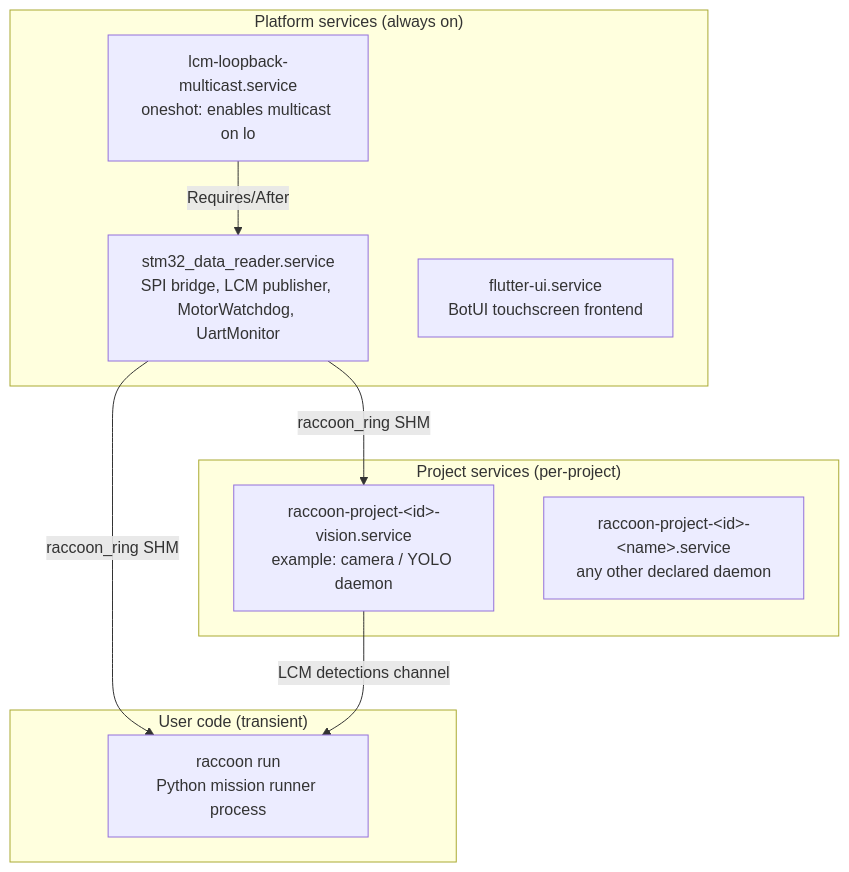
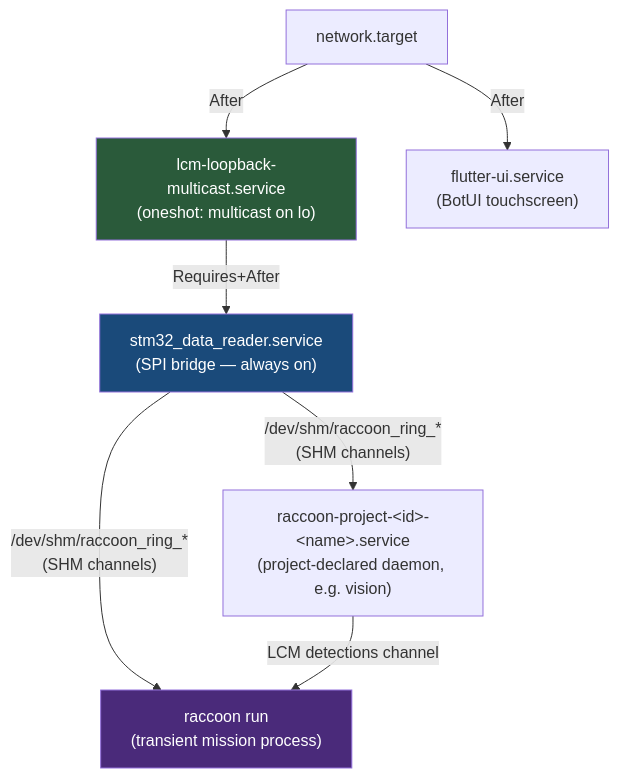
One commit to htl-stp-ecer/documentation changed the first of 4 diagrams in content/06-firmware/robot-services-and-systemd.md. Above: the diagram before and after it, drawn with Mermaid. The commit also changed other lines of this file and 11 other files, not shown here.

````diff
--- a/content/06-firmware/robot-services-and-systemd.md
+++ b/content/06-firmware/robot-services-and-systemd.md
@@ -18,22 +18,21 @@
 ```mermaid
 graph TD
-    subgraph Platform["Platform services (always on)"]
-        LCM["lcm-loopback-multicast.service\noneshot: enables multicast on lo"]
-        READER["stm32_data_reader.service\nSPI bridge, LCM publisher, MotorWatchdog, UartMonitor"]
-        UI["flutter-ui.service\nBotUI touchscreen frontend"]
-    end
+    NW["network.target"]
+    LCM["lcm-loopback-multicast.service\n(oneshot: multicast on lo)"]
+    READER["stm32_data_reader.service\n(SPI bridge — always on)"]
+    UI["flutter-ui.service\n(BotUI touchscreen)"]
+    PROJ["raccoon-project-&lt;id&gt;-&lt;name&gt;.service\n(project-declared daemon, e.g. vision)"]
+    MISSION["raccoon run\n(transient mission process)"]
 
-    subgraph Project["Project services (per-project)"]
-        VISION["raccoon-project-&lt;id&gt;-vision.service\nexample: camera / YOLO daemon"]
-        OTHER["raccoon-project-&lt;id&gt;-&lt;name&gt;.service\nany other declared daemon"]
-    end
+    NW -->|After| LCM
+    LCM -->|Requires+After| READER
+    NW -->|After| UI
 
-    subgraph UserCode["User code (transient)"]
-        MISSION["raccoon run\nPython mission runner process"]
-    end
+    READER -- "/dev/shm/raccoon_ring_*\n(SHM channels)" --> PROJ
+    READER -- "/dev/shm/raccoon_ring_*\n(SHM channels)" --> MISSION
+    PROJ -- "LCM detections channel" --> MISSION
 
-    LCM -->|"Requires/After"| READER
-    READER -->|"raccoon_ring SHM"| VISION
-    READER -->|"raccoon_ring SHM"| MISSION
-    VISION -->|"LCM detections channel"| MISSION
+    style READER fill:#1a4a7a,color:#fff
+    style LCM fill:#2a5a3a,color:#fff
+    style MISSION fill:#4a2a7a,color:#fff
 ```
````
